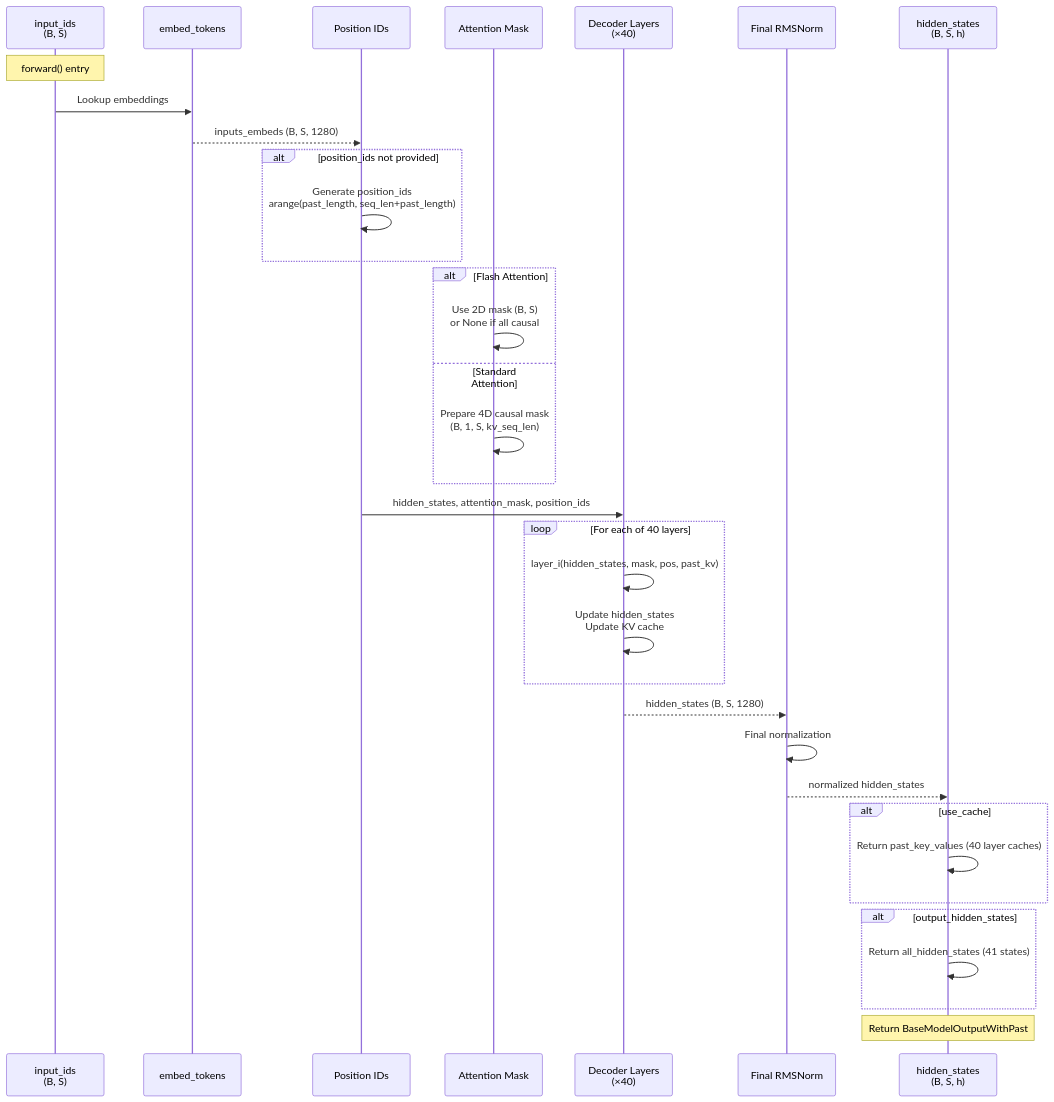
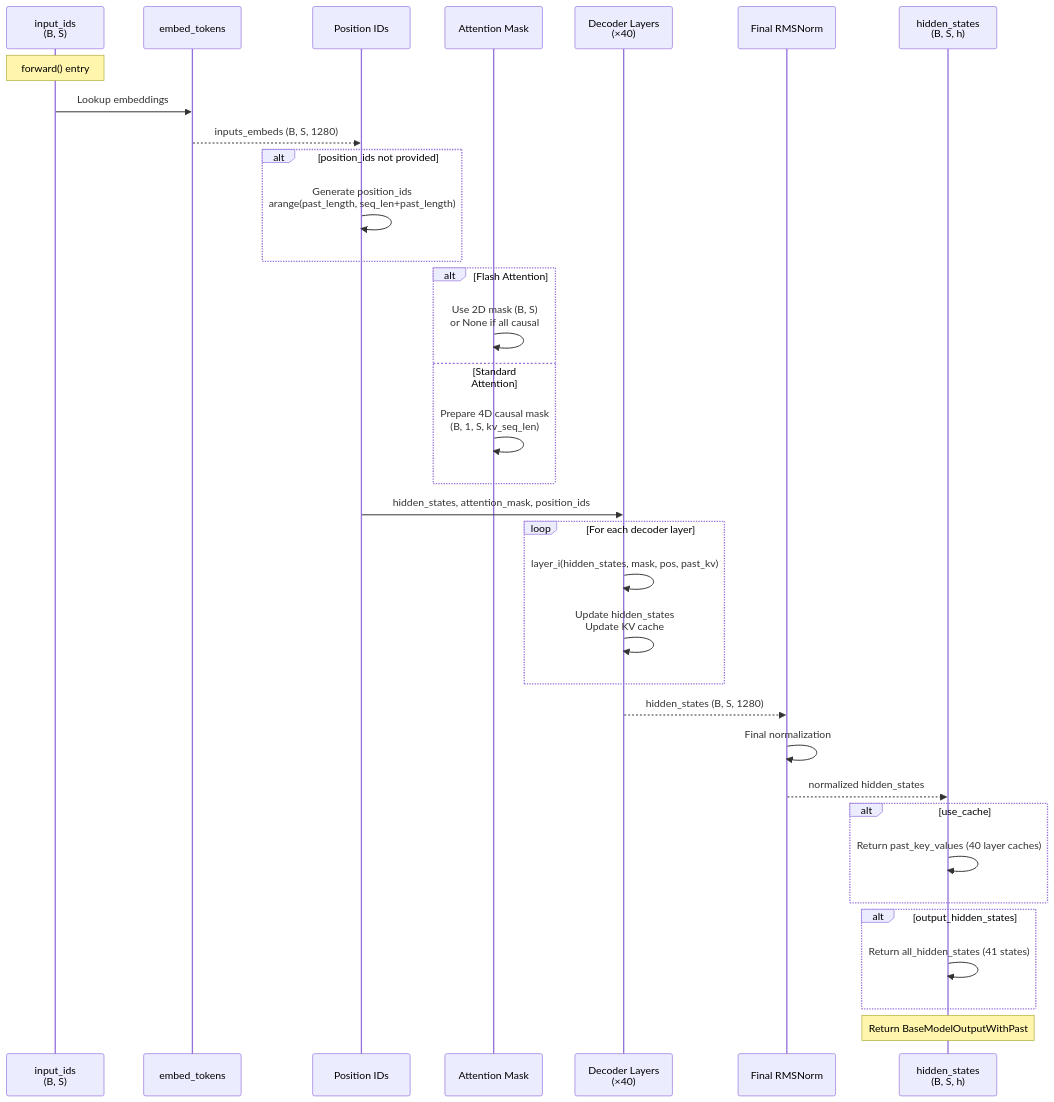
Before and after one commit to CodeGandee/llm-perf-opt: the diagram in context/hints/dsocr-kb/ops/op-DeepseekV2Model.md, drawn with Mermaid. The commit also changed other lines of this file and 16 other files, not shown here.

````diff
--- a/context/hints/dsocr-kb/ops/op-DeepseekV2Model.md
+++ b/context/hints/dsocr-kb/ops/op-DeepseekV2Model.md
@@ -89,46 +94,46 @@
 ```mermaid
 sequenceDiagram
     participant Input as input_ids<br/>(B, S)
     participant Embed as embed_tokens
     participant PosIDs as Position IDs
     participant Mask as Attention Mask
     participant Layers as Decoder Layers<br/>(×40)
     participant Norm as Final RMSNorm
     participant Output as hidden_states<br/>(B, S, h)
 
     Note over Input: forward() entry
 
     Input->>Embed: Lookup embeddings
     Embed-->>PosIDs: inputs_embeds (B, S, 1280)
 
     alt position_ids not provided
         PosIDs->>PosIDs: Generate position_ids<br/>arange(past_length, seq_len+past_length)
     end
 
     alt Flash Attention
         Mask->>Mask: Use 2D mask (B, S)<br/>or None if all causal
     else Standard Attention
         Mask->>Mask: Prepare 4D causal mask<br/>(B, 1, S, kv_seq_len)
     end
 
     PosIDs->>Layers: hidden_states, attention_mask, position_ids
 
-    loop For each of 40 layers
+    loop For each decoder layer
         Layers->>Layers: layer_i(hidden_states, mask, pos, past_kv)
         Layers->>Layers: Update hidden_states<br/>Update KV cache
     end
 
     Layers-->>Norm: hidden_states (B, S, 1280)
     Norm->>Norm: Final normalization
     Norm-->>Output: normalized hidden_states
 
     alt use_cache
         Output->>Output: Return past_key_values (40 layer caches)
     end
 
     alt output_hidden_states
         Output->>Output: Return all_hidden_states (41 states)
     end
 
     Note over Output: Return BaseModelOutputWithPast
 ```
````
